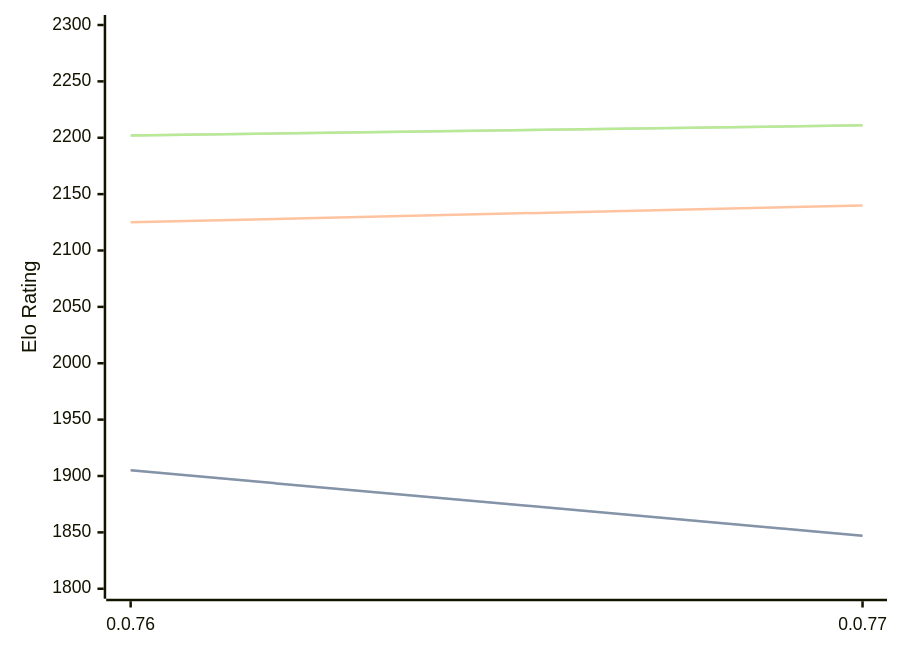
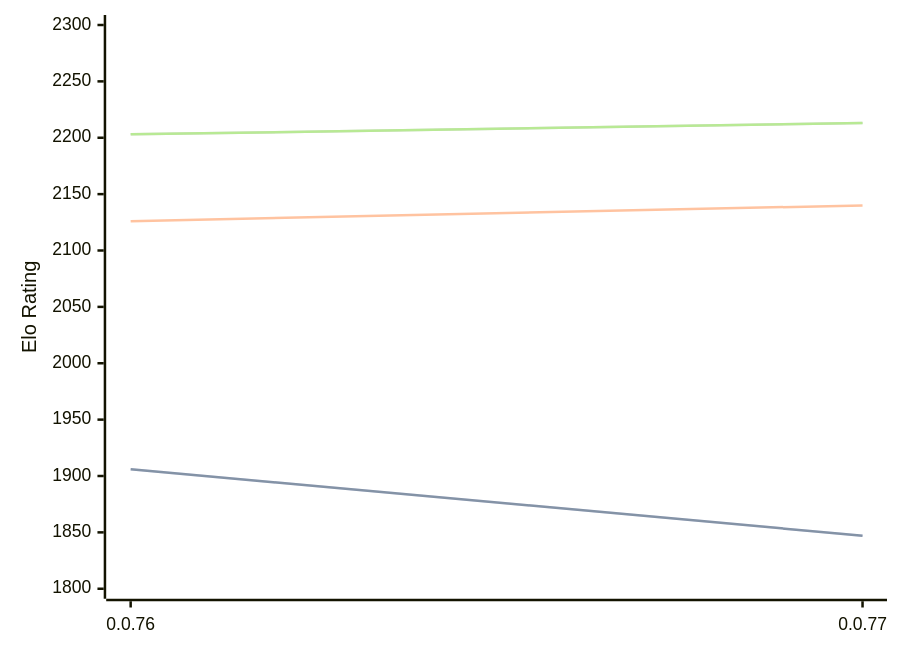
Before and after one commit to computer-chess-index/cci: the first of 3 diagrams in engines/Fktb.md, drawn with Mermaid. The commit also changed other lines of this file, not shown here.

Commit message:
Update CCI Ratings (ELO VLTC) - 2026-06-30

````diff
--- a/engines/Fktb.md
+++ b/engines/Fktb.md
@@ -32,11 +32,11 @@
 ```mermaid
 %%{init: {"theme":"base","themeVariables":{"seriesColors:['#a3a3a3','#222221','#faa371']}}}%%
 xychart-beta
   x-axis ["0.0.76", "0.0.77"]
   y-axis "Elo Rating" 1800 --> 2300
-  line "STC (8.0+0.08s)" [1905, 1847]
-  line "STC (8.0+0.08s)" [1905, 1847]
-  line "LTC (60.0+0.60s)" [2125, 2140]
-  line "VLTC (2m24s+1.12s)" [2202, 2211]
-  line "VLTC (2m24s+1.12s)" [2202, 2211]
+  line "STC (8.0+0.08s)" [1906, 1847]
+  line "STC (8.0+0.08s)" [1906, 1847]
+  line "LTC (60.0+0.60s)" [2126, 2140]
+  line "VLTC (2m24s+1.12s)" [2203, 2213]
+  line "VLTC (2m24s+1.12s)" [2203, 2213]
 ```
````
